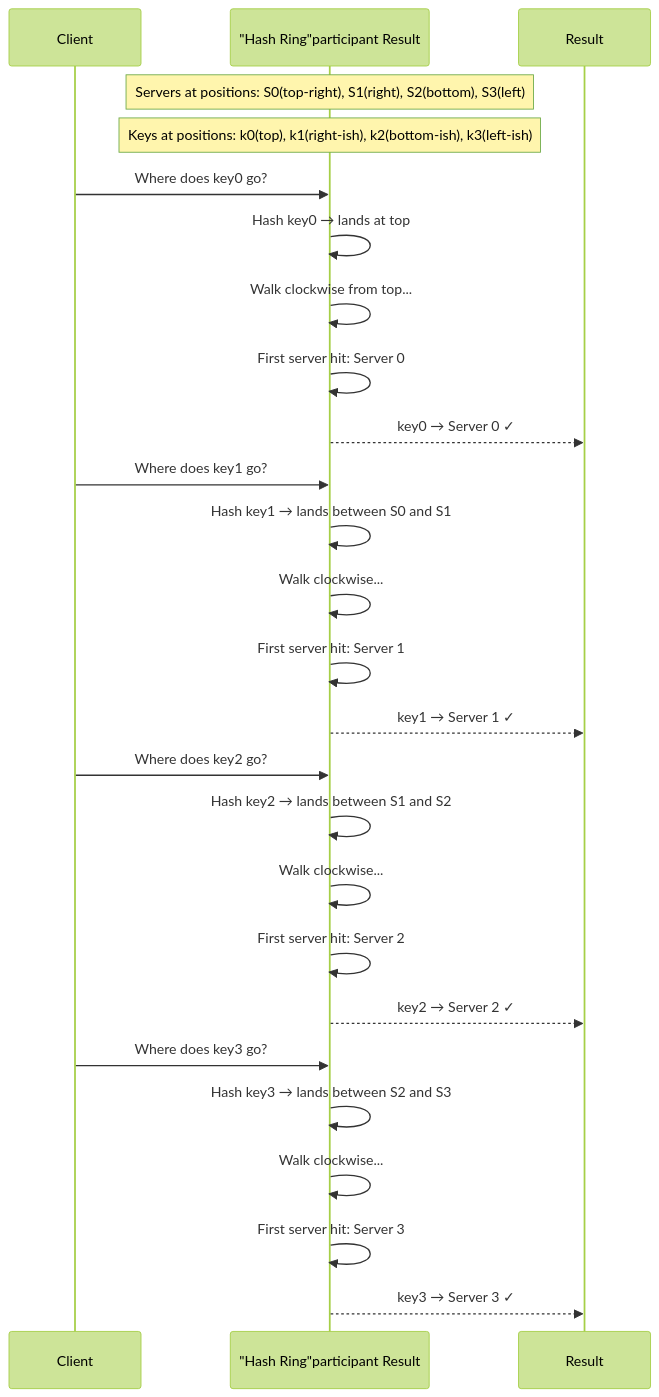
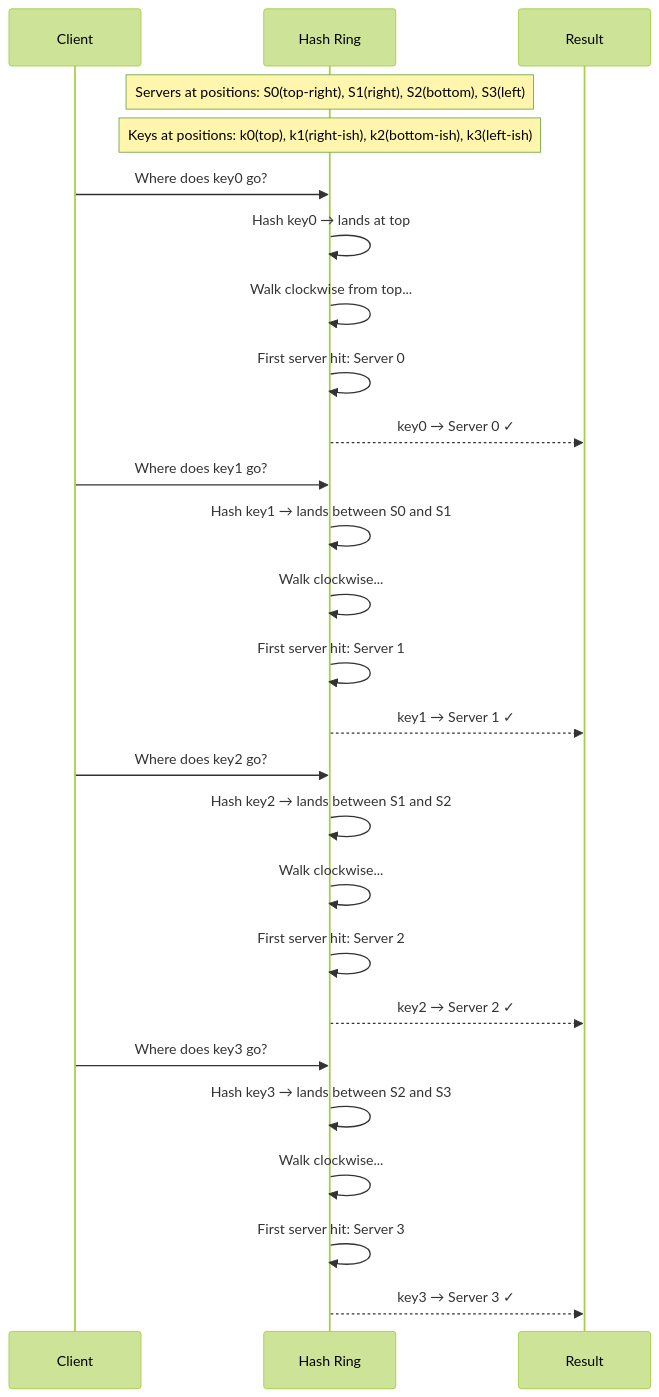
The sixth of 23 diagrams in content/posts/2026/design-consistent-hashing.md (devops-monk/system-design-blog), drawn with Mermaid (forest theme) before and after one commit. The commit also changed other lines of this file and 4 other files, not shown here.

First line of the commit message:
fix(diagrams): repair mermaid blocks broken by the emoji strip

````diff
--- a/content/posts/2026/design-consistent-hashing.md
+++ b/content/posts/2026/design-consistent-hashing.md
@@ -217,32 +217,33 @@
 ```mermaid
 sequenceDiagram
     participant Client
-    participant Ring as "Hash Ring"participant Result
+    participant Ring as Hash Ring
+    participant Result
 
     Note over Ring: Servers at positions: S0(top-right), S1(right), S2(bottom), S3(left)
     Note over Ring: Keys at positions: k0(top), k1(right-ish), k2(bottom-ish), k3(left-ish)
 
     Client->>Ring: Where does key0 go?
     Ring->>Ring: Hash key0 → lands at top
     Ring->>Ring: Walk clockwise from top...
     Ring->>Ring: First server hit: Server 0
     Ring-->>Result: key0 → Server 0 ✓
 
     Client->>Ring: Where does key1 go?
     Ring->>Ring: Hash key1 → lands between S0 and S1
     Ring->>Ring: Walk clockwise...
     Ring->>Ring: First server hit: Server 1
     Ring-->>Result: key1 → Server 1 ✓
 
     Client->>Ring: Where does key2 go?
     Ring->>Ring: Hash key2 → lands between S1 and S2
     Ring->>Ring: Walk clockwise...
     Ring->>Ring: First server hit: Server 2
     Ring-->>Result: key2 → Server 2 ✓
 
     Client->>Ring: Where does key3 go?
     Ring->>Ring: Hash key3 → lands between S2 and S3
     Ring->>Ring: Walk clockwise...
     Ring->>Ring: First server hit: Server 3
     Ring-->>Result: key3 → Server 3 ✓
 ```
````
